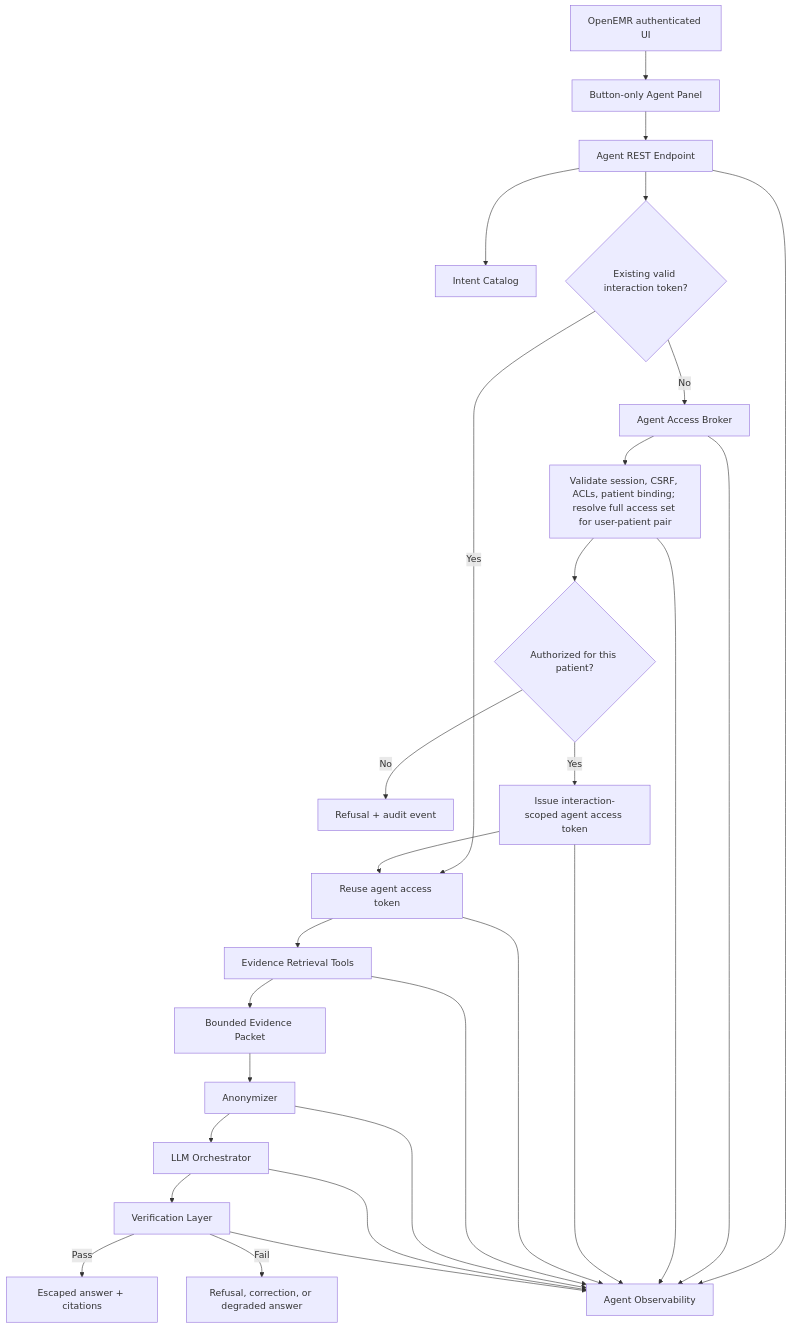
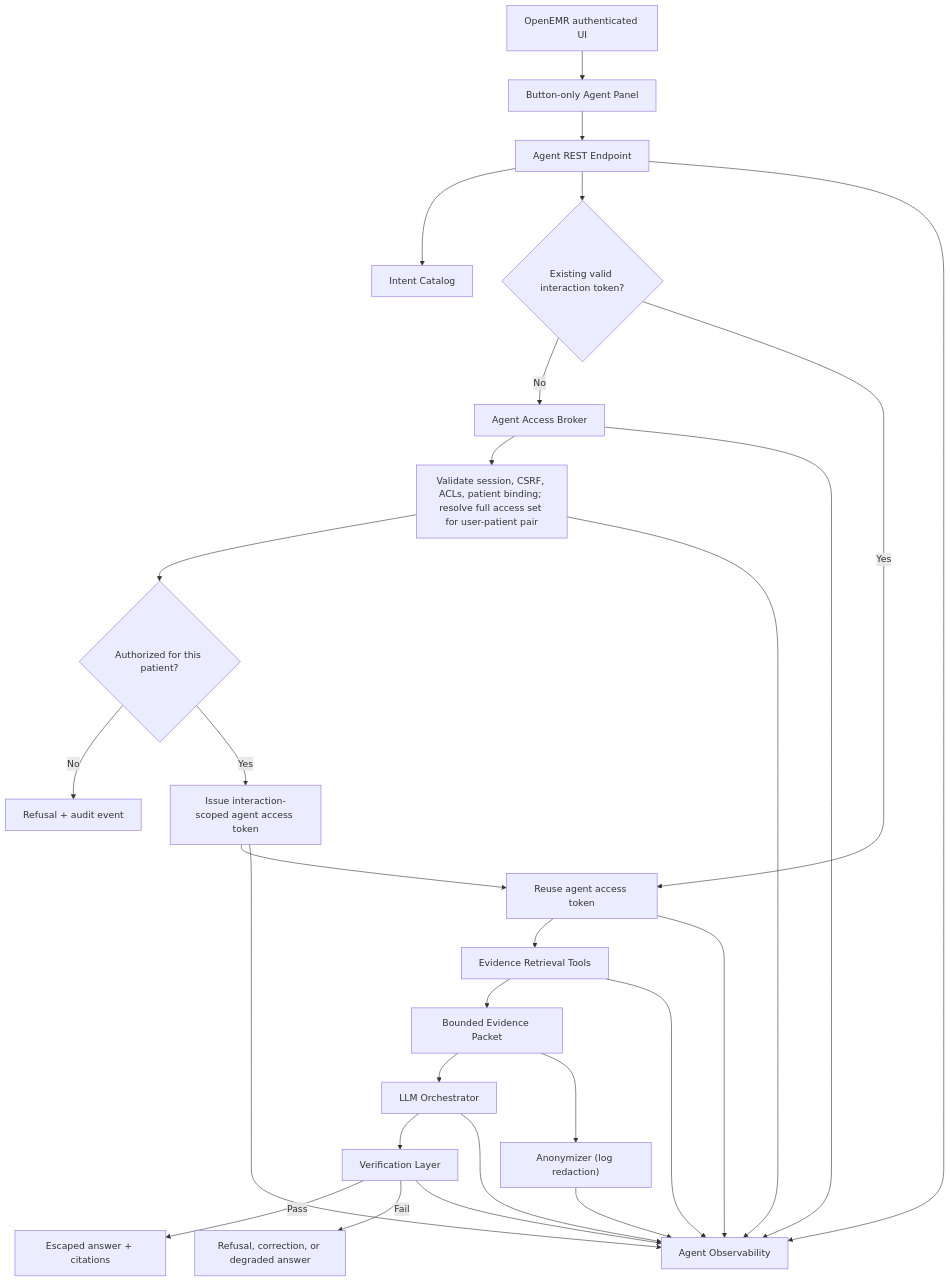
One commit to stick109/openemr changed the diagram in ARCHITECTURE.md. Above: the diagram before and after it, drawn with Mermaid. The commit also changed other lines of this file and 10 other files, not shown here.

First line of the commit message:
refactor(agent): scope anonymizer to durable logging only

````diff
--- a/ARCHITECTURE.md
+++ b/ARCHITECTURE.md
@@ -134,30 +134,30 @@
 ```mermaid
 flowchart TD
     A["OpenEMR authenticated UI"] --> B["Button-only Agent Panel"]
     B --> C["Agent REST Endpoint"]
     C --> D["Intent Catalog"]
     C --> P{"Existing valid interaction token?"}
     P -->|No| E["Agent Access Broker"]
     E --> V["Validate session, CSRF, ACLs, patient binding; resolve full access set for user-patient pair"]
     V --> F{"Authorized for this patient?"}
     F -->|No| G["Refusal + audit event"]
     F -->|Yes| T["Issue interaction-scoped agent access token"]
     P -->|Yes| U["Reuse agent access token"]
     T --> U
     U --> H["Evidence Retrieval Tools"]
     H --> I["Bounded Evidence Packet"]
-    I --> O["Anonymizer"]
-    O --> J["LLM Orchestrator"]
+    I --> J["LLM Orchestrator"]
+    I --> O["Anonymizer (log redaction)"]
+    O --> N["Agent Observability"]
     J --> K["Verification Layer"]
     K -->|Pass| L["Escaped answer + citations"]
     K -->|Fail| M["Refusal, correction, or degraded answer"]
-    C --> N["Agent Observability"]
+    C --> N
     E --> N
     V --> N
     T --> N
     U --> N
     H --> N
-    O --> N
     J --> N
     K --> N
 ```
````
